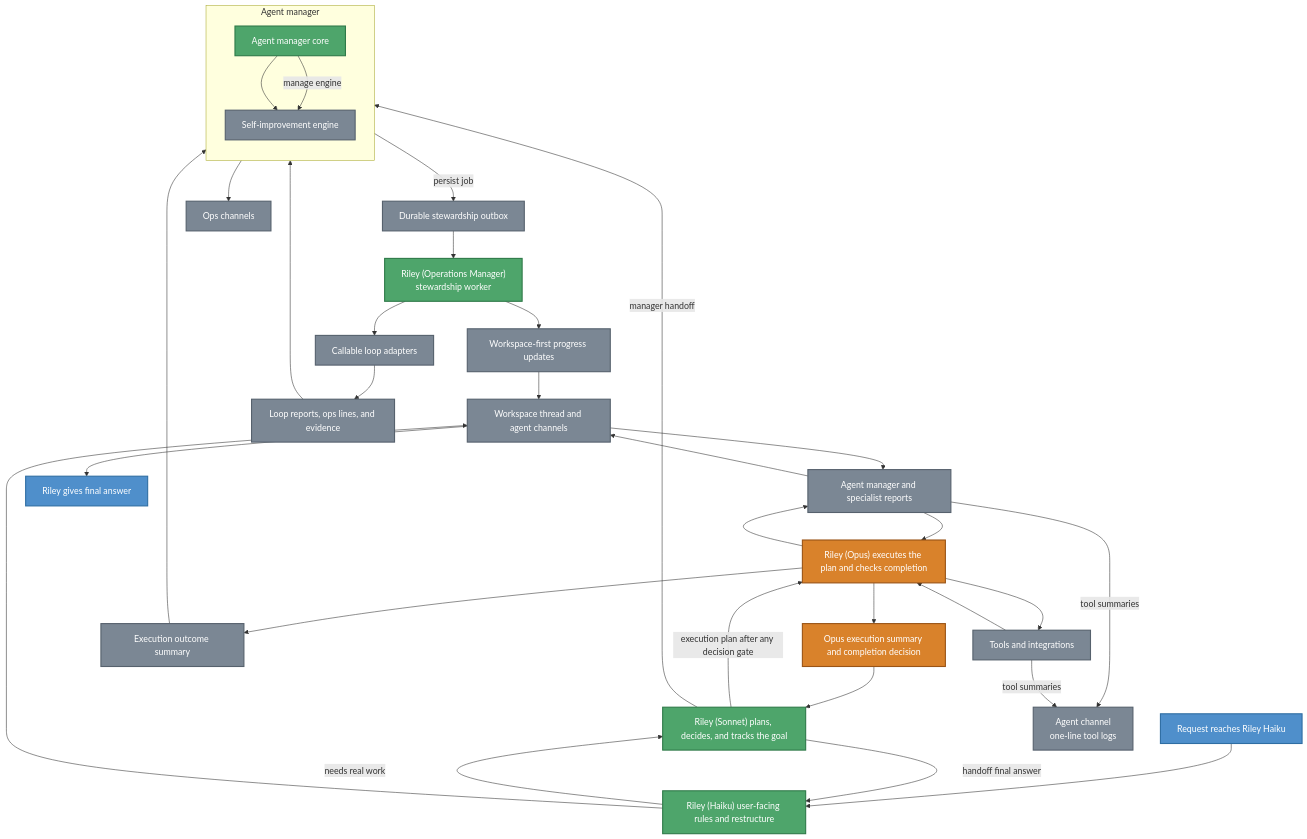
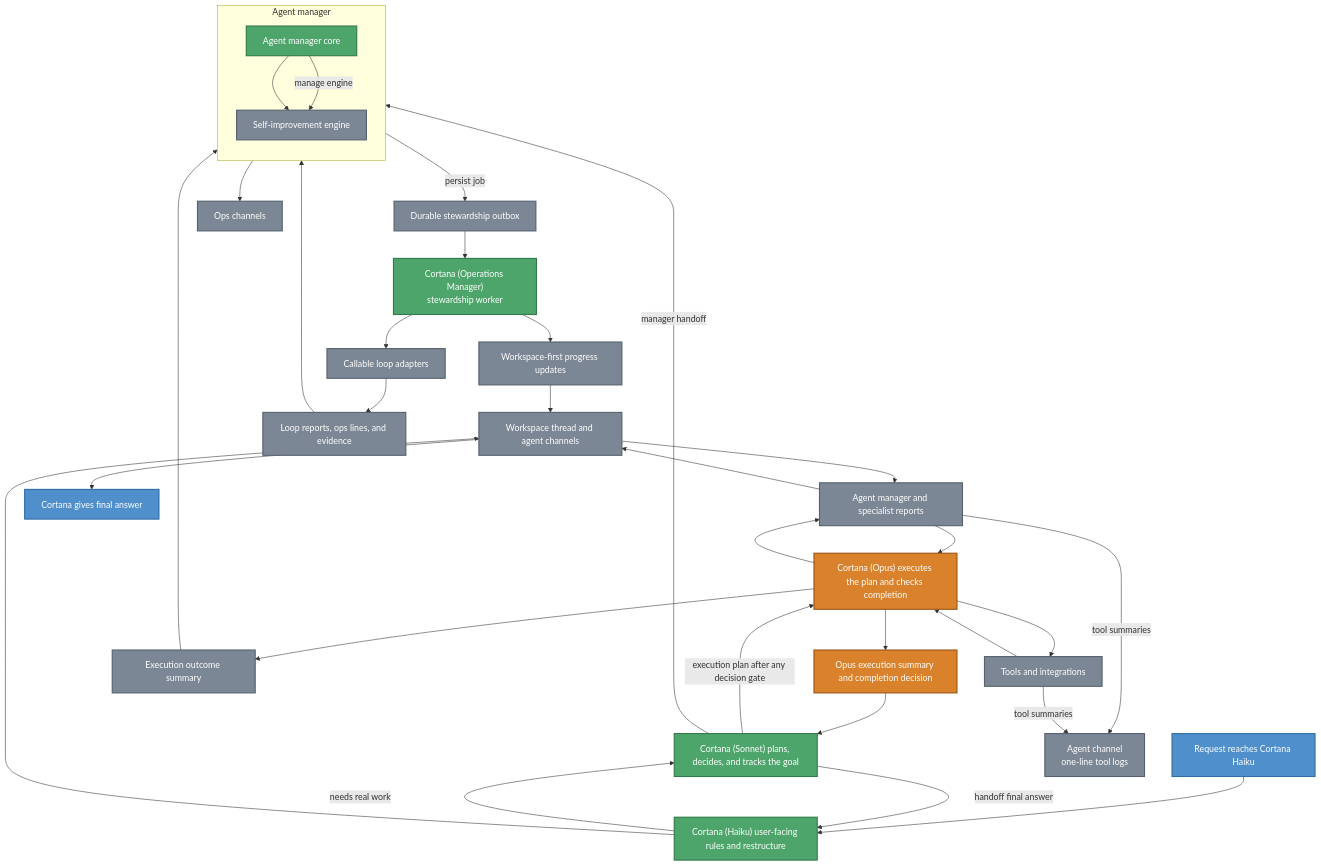
The third of 4 diagrams in .github/ARCHITECTURE.md (jflessenkemper/ASAP-discord), drawn with Mermaid before and after one commit. The commit also changed other lines of this file and 47 other files, not shown here.

First line of the commit message:
fix: Cortana self-repair — Riley scrub + contract gate + ping filter + memory cleanup

````diff
--- a/.github/ARCHITECTURE.md
+++ b/.github/ARCHITECTURE.md
@@ -232,61 +232,61 @@
 ```mermaid
 flowchart TB
-    Request[Request reaches Riley Haiku]
-    RileyHaiku["Riley (Haiku) user-facing rules and restructure"]
-    Riley["Riley (Sonnet) plans, decides, and tracks the goal"]
+    Request[Request reaches Cortana Haiku]
+    CortanaHaiku["Cortana (Haiku) user-facing rules and restructure"]
+    Cortana["Cortana (Sonnet) plans, decides, and tracks the goal"]
     Workspace[Workspace thread and agent channels]
     ToolLogs["Agent channel\none-line tool logs"]
-    Opus["Riley (Opus) executes the plan and checks completion"]
+    Opus["Cortana (Opus) executes the plan and checks completion"]
     Specialists[Agent manager and specialist reports]
     Tools[Tools and integrations]
     ExecutionOutcome[Execution outcome summary]
     StewardQueue[Durable stewardship outbox]
-    OpsSteward["Riley (Operations Manager)\nstewardship worker"]
+    OpsSteward["Cortana (Operations Manager)\nstewardship worker"]
     LoopAdapters[Callable loop adapters]
     LoopReports[Loop reports, ops lines, and evidence]
     OpsChannels[Ops channels]
     WorkspaceUpdates[Workspace-first progress updates]
     OpusReturn["Opus execution summary and completion decision"]
-    FinalAnswer[Riley gives final answer]
+    FinalAnswer[Cortana gives final answer]
 
     subgraph AgentManager[Agent manager]
         direction TB
         AgentManagerCore[Agent manager core]
         SelfImproveEngine[Self-improvement engine]
         AgentManagerCore --> SelfImproveEngine
     end
 
-    Request --> RileyHaiku
-    RileyHaiku -->|needs real work| Riley
-    Riley -->|execution plan after any decision gate| Opus
-    Riley -->|manager handoff| AgentManager
+    Request --> CortanaHaiku
+    CortanaHaiku -->|needs real work| Cortana
+    Cortana -->|execution plan after any decision gate| Opus
+    Cortana -->|manager handoff| AgentManager
     Opus --> Specialists
     Specialists --> Workspace
     Workspace --> Specialists
     Specialists --> Opus
     Opus --> Tools --> Opus
     Specialists -->|tool summaries| ToolLogs
     Tools -->|tool summaries| ToolLogs
     Opus --> ExecutionOutcome --> AgentManagerCore
     AgentManagerCore -->|manage engine| SelfImproveEngine
     SelfImproveEngine -->|persist job| StewardQueue --> OpsSteward
     OpsSteward --> LoopAdapters --> LoopReports --> SelfImproveEngine
     SelfImproveEngine --> OpsChannels
     OpsSteward --> WorkspaceUpdates --> Workspace
     Opus --> OpusReturn
-    OpusReturn --> Riley
-    Riley -->|handoff final answer| RileyHaiku
-    RileyHaiku --> Workspace
+    OpusReturn --> Cortana
+    Cortana -->|handoff final answer| CortanaHaiku
+    CortanaHaiku --> Workspace
     Workspace --> FinalAnswer
 
     classDef user fill:#4f8fcb,stroke:#2f6ea3,color:#ffffff,stroke-width:2px;
-    classDef riley fill:#4ea56b,stroke:#2f7a49,color:#ffffff,stroke-width:2px;
+    classDef cortana fill:#4ea56b,stroke:#2f7a49,color:#ffffff,stroke-width:2px;
     classDef opus fill:#d9822b,stroke:#9a5416,color:#ffffff,stroke-width:2px;
     classDef surface fill:#7b8794,stroke:#56616d,color:#ffffff,stroke-width:2px;
 
     class Request,FinalAnswer user;
-    class RileyHaiku,Riley,AgentManagerCore riley;
+    class CortanaHaiku,Cortana,AgentManagerCore cortana;
     class Opus,OpusReturn opus;
     class Workspace,ToolLogs,Specialists,Tools,SelfImproveEngine,ExecutionOutcome,StewardQueue,LoopAdapters,LoopReports,OpsChannels,WorkspaceUpdates surface;
-    class OpsSteward riley;
+    class OpsSteward cortana;
 ```
````
